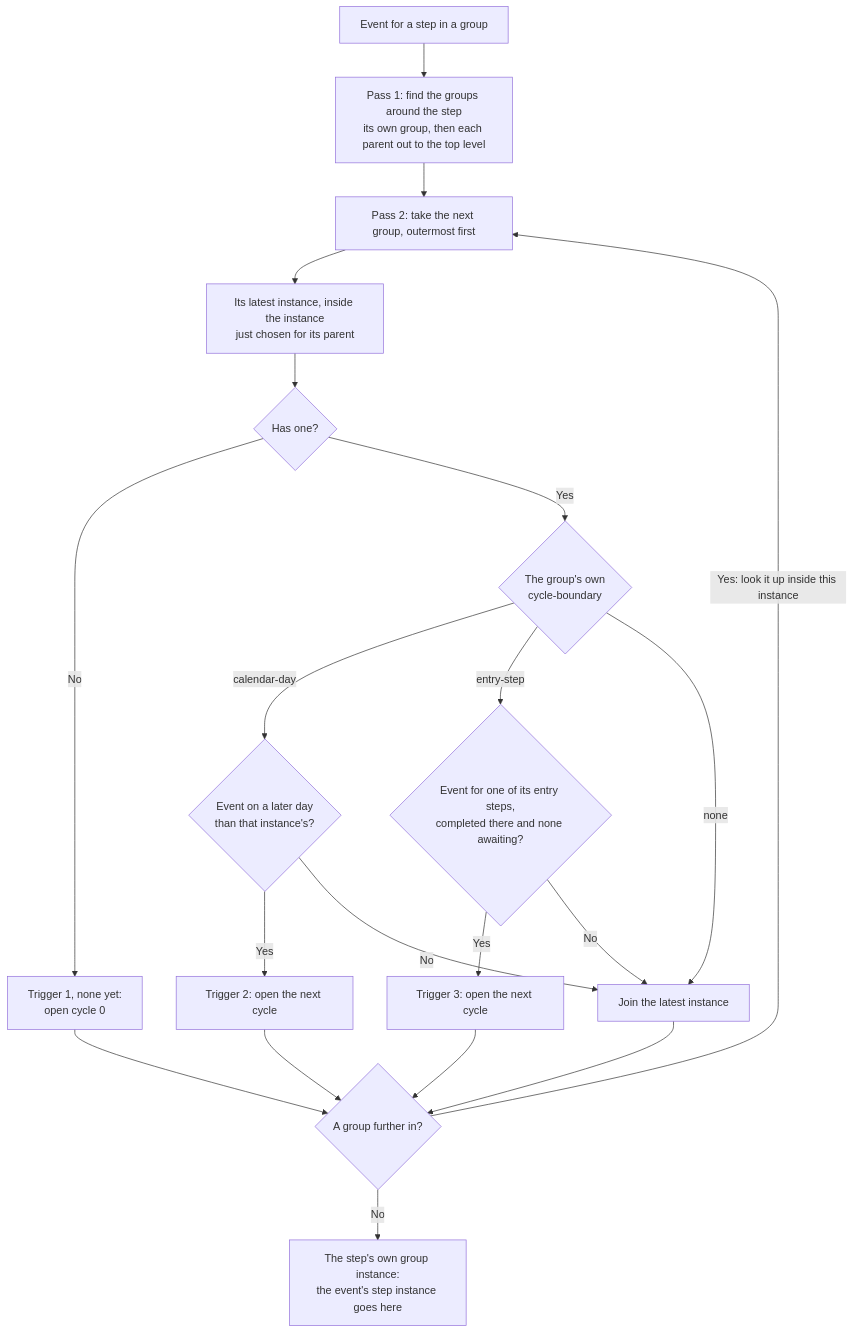
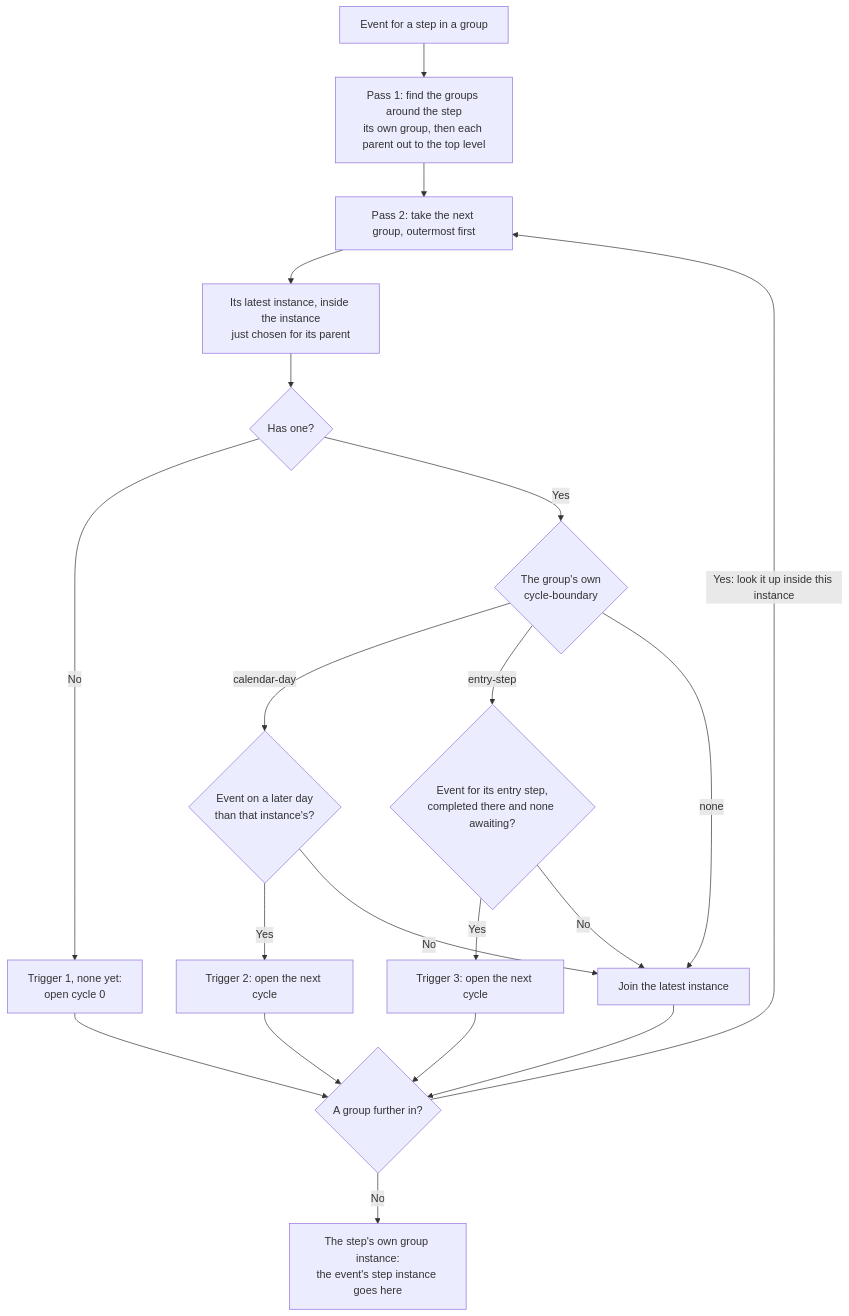
Before and after one commit to Jayaprakash8887/cce-matcher-service: the eighth of 9 diagrams in docs/architecture-overview.md, drawn with Mermaid. The commit also changed other lines of this file and 5 other files, not shown here.

First line of the commit message:
CCE-135: a new entry-step cycle starts only on the named entry step

````diff
--- a/docs/architecture-overview.md
+++ b/docs/architecture-overview.md
@@ -892,22 +892,22 @@
 ```mermaid
 flowchart TD
     EVENT["Event for a step in a group"] --> FIND["Pass 1: find the groups around the step<br/>its own group, then each parent out to the top level"]
     FIND --> NEXT["Pass 2: take the next group, outermost first"]
     NEXT --> LATEST["Its latest instance, inside the instance<br/>just chosen for its parent"]
     LATEST --> HAS{"Has one?"}
     HAS -->|"No"| T1["Trigger 1, none yet:<br/>open cycle 0"]
     HAS -->|"Yes"| CB{"The group's own<br/>cycle-boundary"}
     CB -->|"calendar-day"| DAY{"Event on a later day<br/>than that instance's?"}
-    CB -->|"entry-step"| ENTRY{"Event for one of its entry steps,<br/>completed there and none awaiting?"}
+    CB -->|"entry-step"| ENTRY{"Event for its entry step,<br/>completed there and none awaiting?"}
     CB -->|"none"| JOIN["Join the latest instance"]
     DAY -->|"Yes"| T2["Trigger 2: open the next cycle"]
     DAY -->|"No"| JOIN
     ENTRY -->|"Yes"| T3["Trigger 3: open the next cycle"]
     ENTRY -->|"No"| JOIN
     T1 --> MORE{"A group further in?"}
     T2 --> MORE
     T3 --> MORE
     JOIN --> MORE
     MORE -->|"Yes: look it up inside this instance"| NEXT
     MORE -->|"No"| DONE["The step's own group instance:<br/>the event's step instance goes here"]
 ```
````
